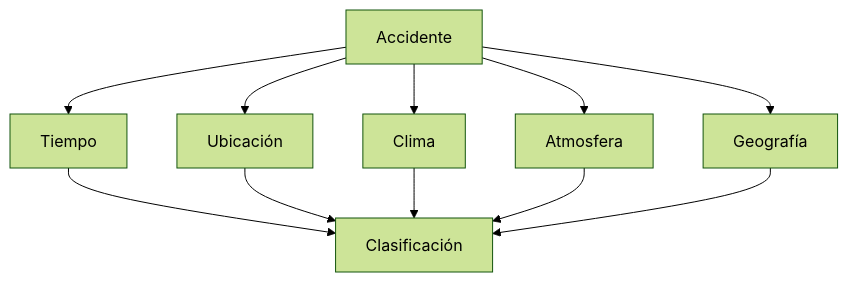
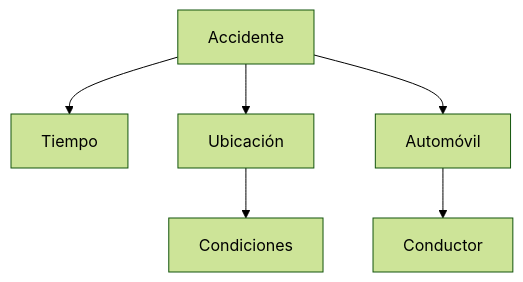
One commit to VicoSan07/EjemploBD changed the diagram in tarea1.md. Above: the diagram before and after it, drawn with Mermaid (forest theme). The commit also changed other lines of this file, not shown here.

````diff
--- a/tarea1.md
+++ b/tarea1.md
@@ -18,13 +18,8 @@
 ```mermaid
     graph TD;
     Accidente-->Tiempo;
     Accidente-->Ubicación; 
-    Accidente-->Clima;
-    Accidente-->Atmosfera;
-    Accidente-->Geografía;
-    Tiempo--> Clasificación;
-    Ubicación --> Clasificación;
-    Clima --> Clasificación;
-    Atmosfera --> Clasificación;
-    Geografía --> Clasificación;
+    Ubicación-->Condiciones;
+    Accidente--> Automóvil;
+    Automóvil --> Conductor;
 ```
````
